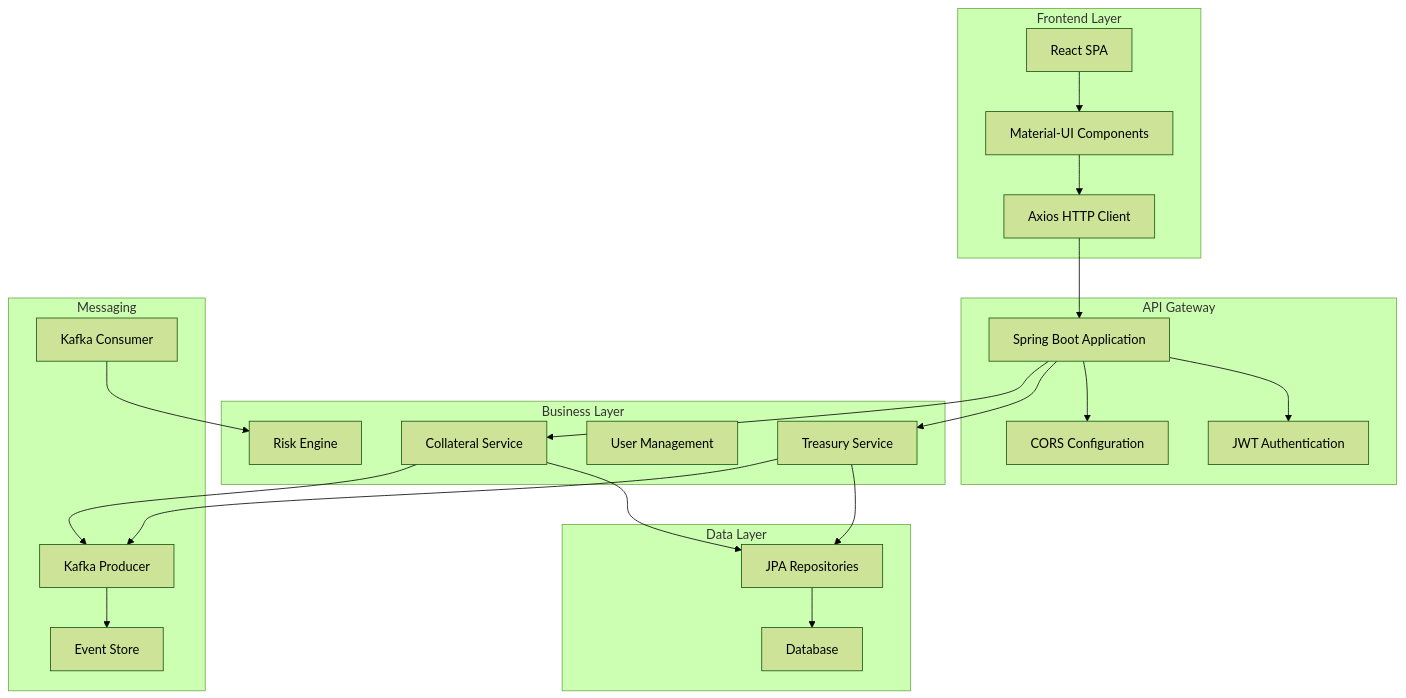
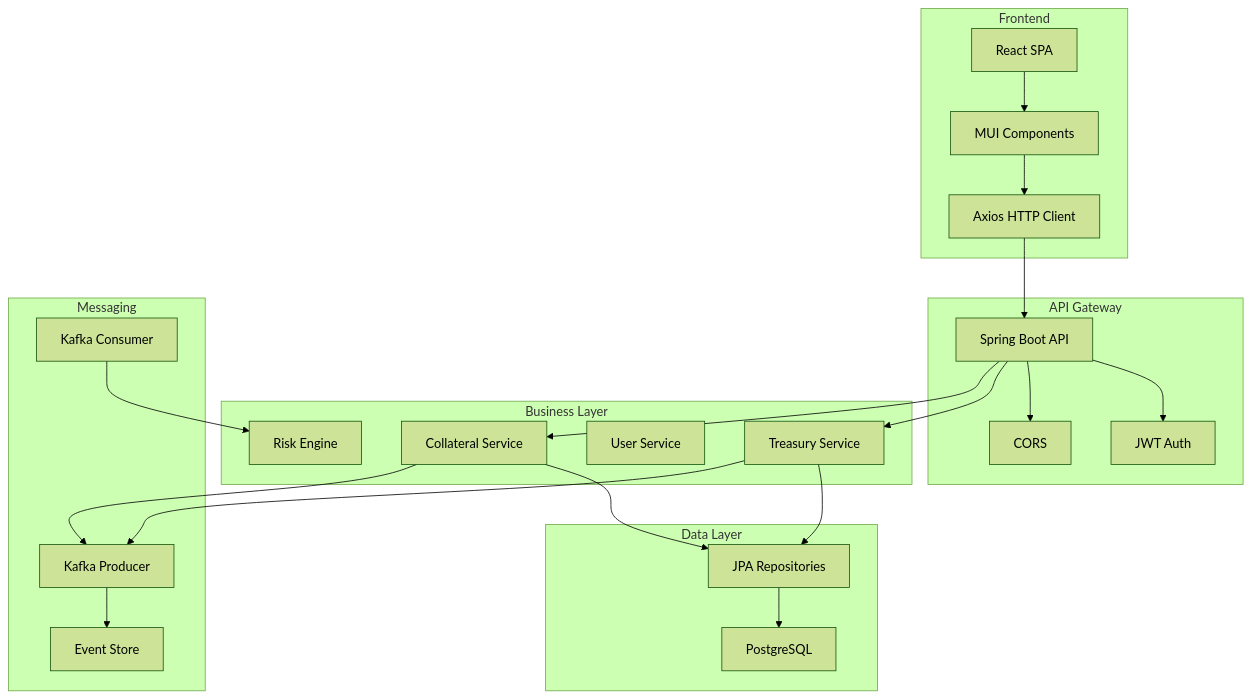
One commit to Sen2pi/TCMTreino changed the diagram in README.md. Above: the diagram before and after it, drawn with Mermaid (forest theme). The commit also changed other lines of this file and 1 other file, not shown here.

````diff
--- a/README.md
+++ b/README.md
@@ -90,44 +94,39 @@
 ```mermaid
-graph TB
-    subgraph "Frontend Layer"
-        A[React SPA] --> B[Material-UI Components]
+graph TD
+    subgraph "Frontend"
+        A[React SPA] --> B[MUI Components]
         B --> C[Axios HTTP Client]
     end
-    
     subgraph "API Gateway"
-        D[Spring Boot Application]
-        E[JWT Authentication]
-        F[CORS Configuration]
+        D[Spring Boot API]
+        E[JWT Auth]
+        F[CORS]
     end
-    
     subgraph "Business Layer"
         G[Treasury Service]
         H[Collateral Service]
-        I[User Management]
+        I[User Service]
         J[Risk Engine]
     end
-    
     subgraph "Data Layer"
         K[JPA Repositories]
-        L[Database]
+        L[PostgreSQL]
     end
-    
     subgraph "Messaging"
         M[Kafka Producer]
         N[Kafka Consumer]
         O[Event Store]
     end
-    
     C --> D
     D --> E
     D --> F
     D --> G
     D --> H
     G --> K
     H --> K
     K --> L
     G --> M
     H --> M
     N --> J
     M --> O
 ```
````
